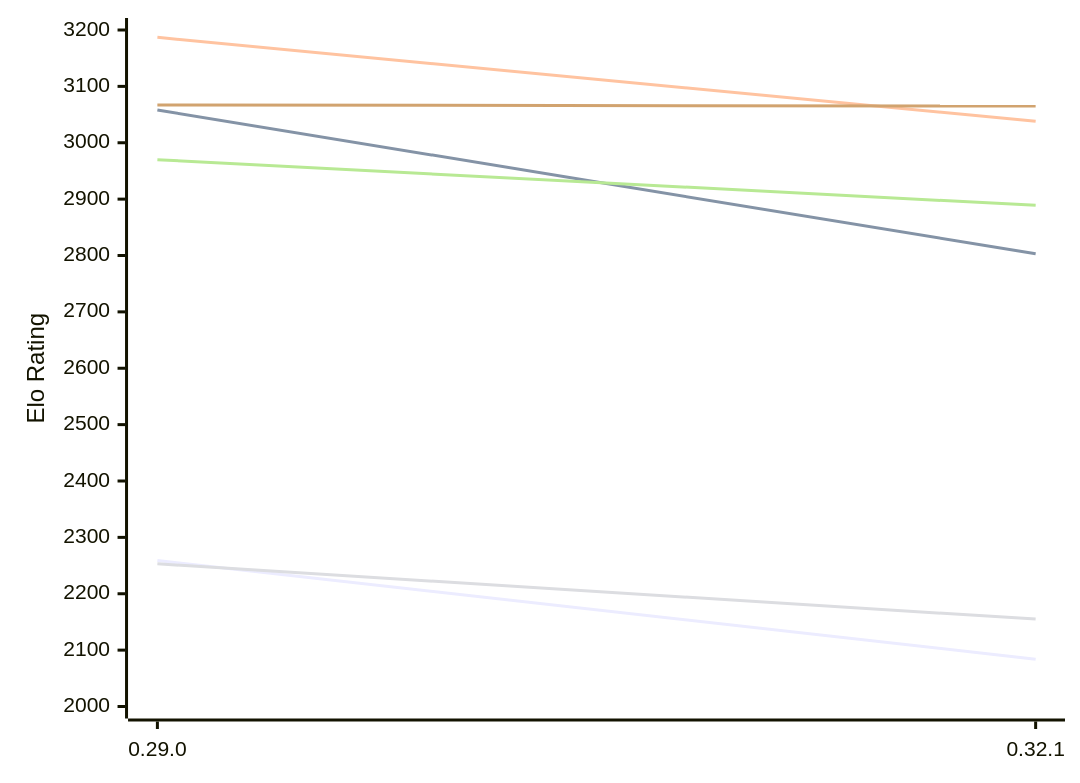
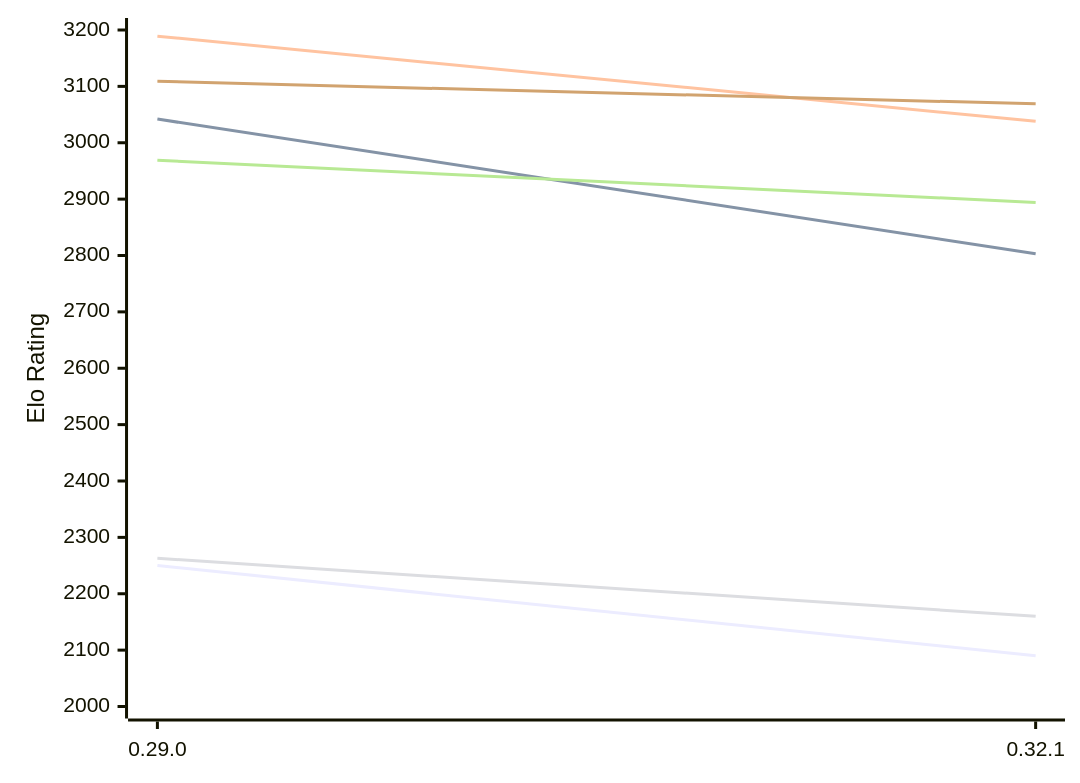
Before and after one commit to computer-chess-index/cci: the first of 2 diagrams in engines/Lc0.md, drawn with Mermaid. The commit also changed other lines of this file, not shown here.

Commit message:
Update CCI Ratings (ELO VLTC) - 2026-11-17

````diff
--- a/engines/Lc0.md
+++ b/engines/Lc0.md
@@ -50,12 +50,12 @@
 ```mermaid
 %%{init: {"theme":"base","themeVariables":{"seriesColors:['#a3a3a3','#222221','#faa371']}}}%%
 xychart-beta
   x-axis ["0.29.0", "0.32.1"]
   y-axis "Elo Rating" 2000 --> 3200
-  line "E1: STC (8.0+0.08s)" [2259, 2084]
-  line "E1: LTC (60.0+0.60s)" [3058, 2803]
-  line "E1: VLTC (2m24s+1.12s)" [3187, 3038]
-  line "P1: STC (8.0+0.08s)" [2253, 2155]
-  line "P1: LTC (60.0+0.60s)" [2970, 2889]
-  line "P1: VLTC (2m24s+1.12s)" [3067, 3065]
+  line "E1: STC (8.0+0.08s)" [2250, 2090]
+  line "E1: LTC (60.0+0.60s)" [3042, 2803]
+  line "E1: VLTC (2m24s+1.12s)" [3189, 3038]
+  line "P1: STC (8.0+0.08s)" [2263, 2160]
+  line "P1: LTC (60.0+0.60s)" [2969, 2894]
+  line "P1: VLTC (2m24s+1.12s)" [3109, 3069]
 ```
````
